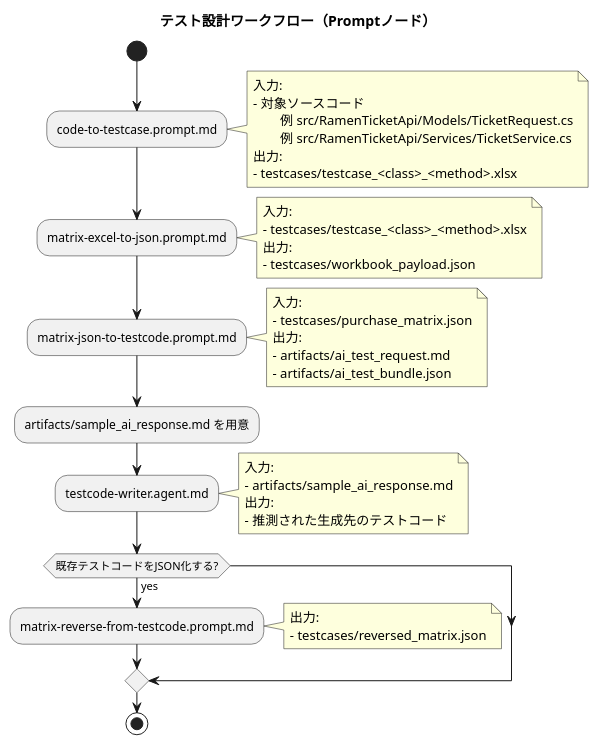
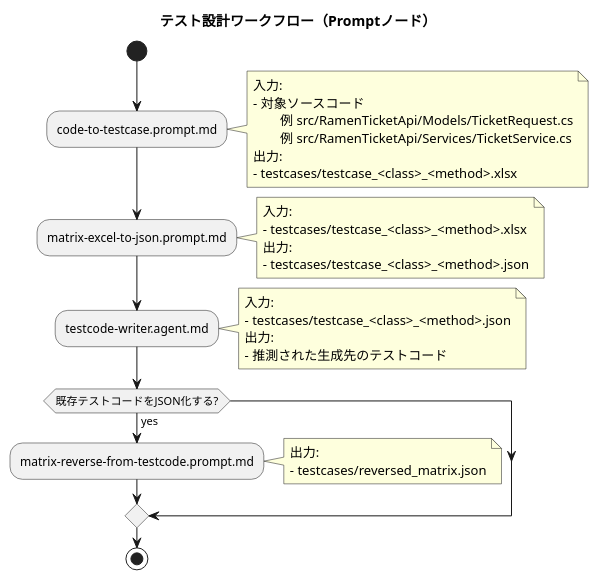
One commit to souri-t/matrix-driven-test-automation changed the diagram in README.md. Above: the diagram before and after it, drawn with PlantUML. The commit also changed other lines of this file and 5 other files, not shown here.

````diff
--- a/README.md
+++ b/README.md
@@ -79,54 +79,43 @@
 ```plantuml
 @startuml
 title テスト設計ワークフロー（Promptノード）
 
 start
 
 :code-to-testcase.prompt.md;
 note right
 入力:
 - 対象ソースコード
 	例 src/RamenTicketApi/Models/TicketRequest.cs
 	例 src/RamenTicketApi/Services/TicketService.cs
 出力:
 - testcases/testcase_<class>_<method>.xlsx
 end note
 
 :matrix-excel-to-json.prompt.md;
 note right
 入力:
 - testcases/testcase_<class>_<method>.xlsx
 出力:
-- testcases/workbook_payload.json
+- testcases/testcase_<class>_<method>.json
 end note
-
-:matrix-json-to-testcode.prompt.md;
-note right
-入力:
-- testcases/purchase_matrix.json
-出力:
-- artifacts/ai_test_request.md
-- artifacts/ai_test_bundle.json
-end note
-
-:artifacts/sample_ai_response.md を用意;
 
 :testcode-writer.agent.md;
 note right
 入力:
-- artifacts/sample_ai_response.md
+- testcases/testcase_<class>_<method>.json
 出力:
 - 推測された生成先のテストコード
 end note
 
 if (既存テストコードをJSON化する?) then (yes)
 	:matrix-reverse-from-testcode.prompt.md;
 	note right
 	出力:
 	- testcases/reversed_matrix.json
 	end note
 endif
 
 stop
 @enduml
 ```
````
